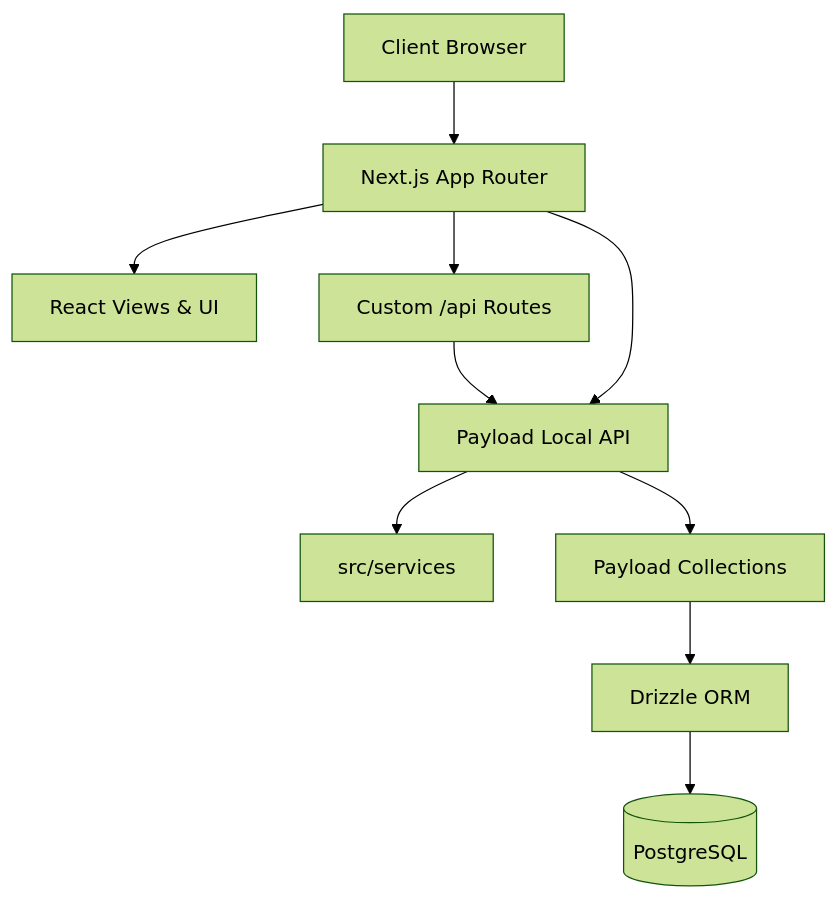
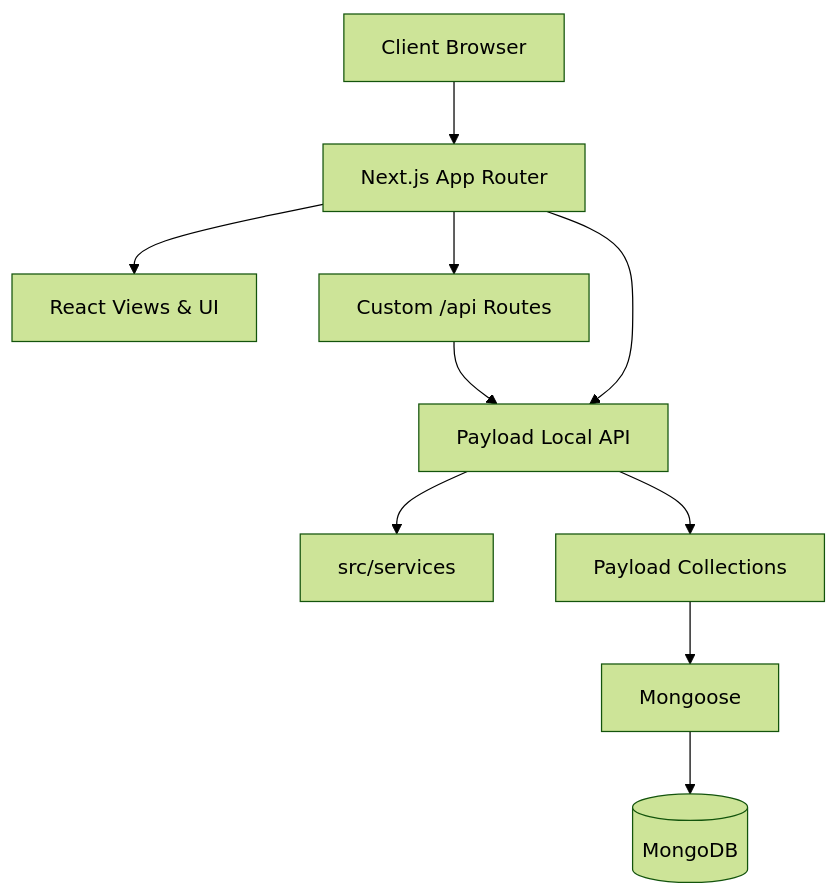
One commit to jerytom33/HMS changed the diagram in blueprint.md. Above: the diagram before and after it, drawn with Mermaid (forest theme). The commit also changed other lines of this file and 6 other files, not shown here.

````diff
--- a/blueprint.md
+++ b/blueprint.md
@@ -191,12 +191,12 @@
 ```mermaid
 graph TD
     Client[Client Browser] --> NextJS[Next.js App Router]
     NextJS --> ReactComponents[React Views & UI]
     NextJS --> CustomAPI[Custom /api Routes]
     CustomAPI --> PayloadLocal[Payload Local API]
     NextJS --> PayloadLocal
     PayloadLocal --> DomainServices[src/services]
     PayloadLocal --> Collections[Payload Collections]
-    Collections --> Drizzle[Drizzle ORM]
-    Drizzle --> PG[(PostgreSQL)]
+    Collections --> Mongoose[Mongoose]
+    Mongoose --> Mongo[(MongoDB)]
 ```
````
